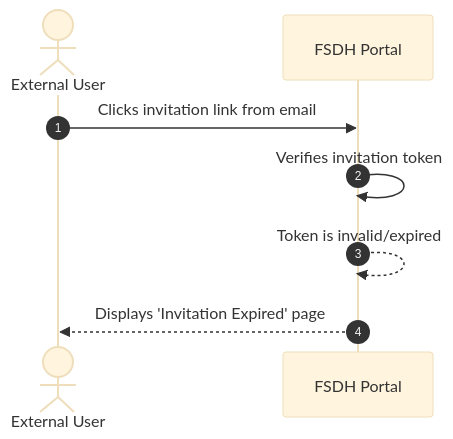
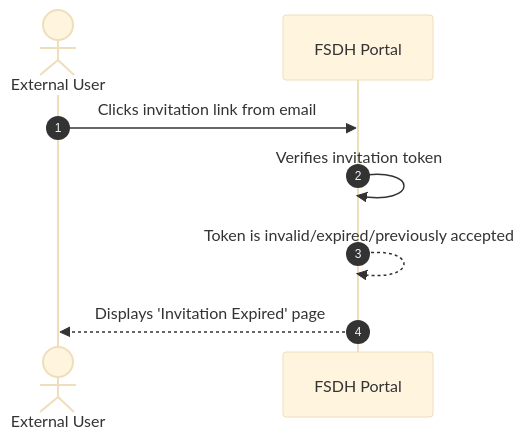
The seventh of 7 diagrams in DeveloperGuide/GCCF/oidc_flow.md (ssc-sp/datahub-docs), drawn with Mermaid (base theme) before and after one commit. The commit also changed other lines of this file, not shown here.

Commit message:
updated flows from feedback

````diff
--- a/DeveloperGuide/GCCF/oidc_flow.md
+++ b/DeveloperGuide/GCCF/oidc_flow.md
@@ -150,11 +181,11 @@
 ```mermaid
 sequenceDiagram
     actor User as External User
     participant FSDH as FSDH Portal
 
     autonumber
     User->>FSDH: Clicks invitation link from email
     FSDH->>FSDH: Verifies invitation token
-    FSDH-->>FSDH: Token is invalid/expired
+    FSDH-->>FSDH: Token is invalid/expired/previously accepted
     FSDH-->>User: Displays 'Invitation Expired' page
 ```
````
